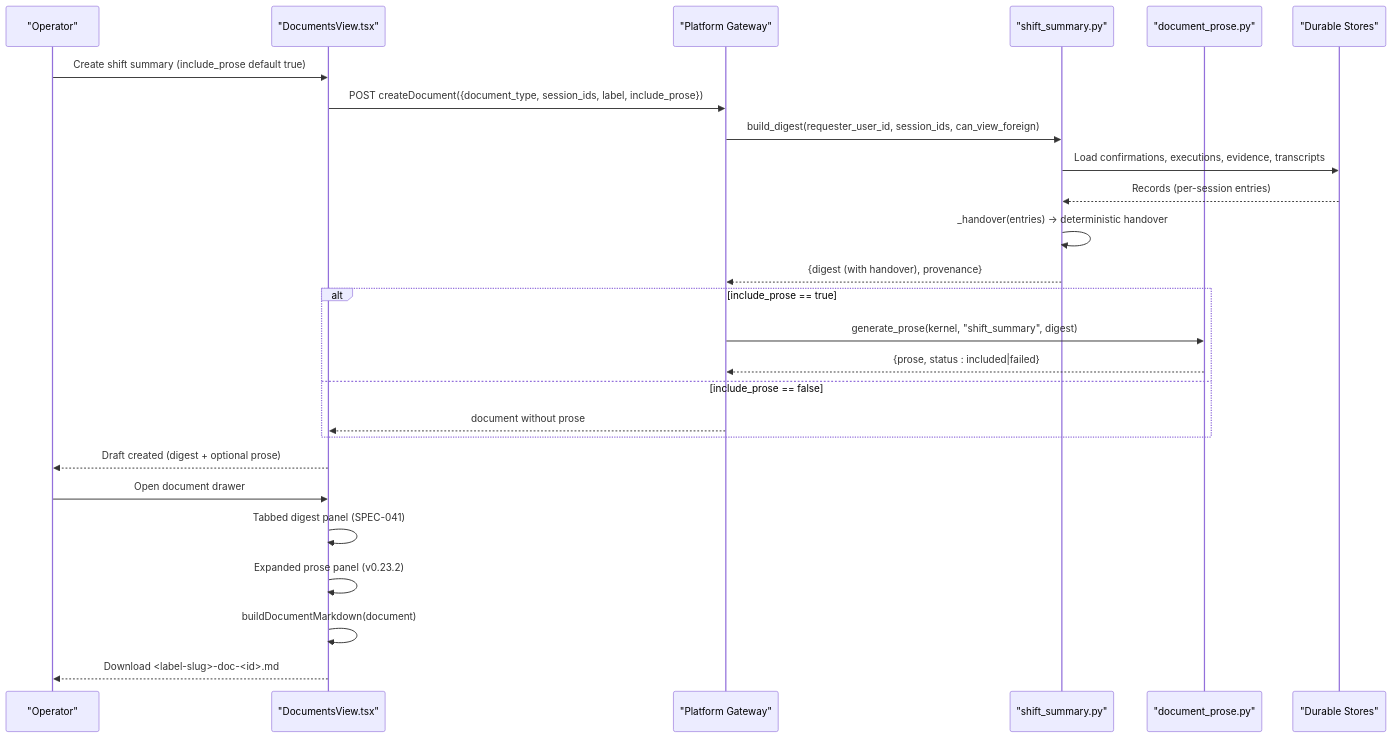
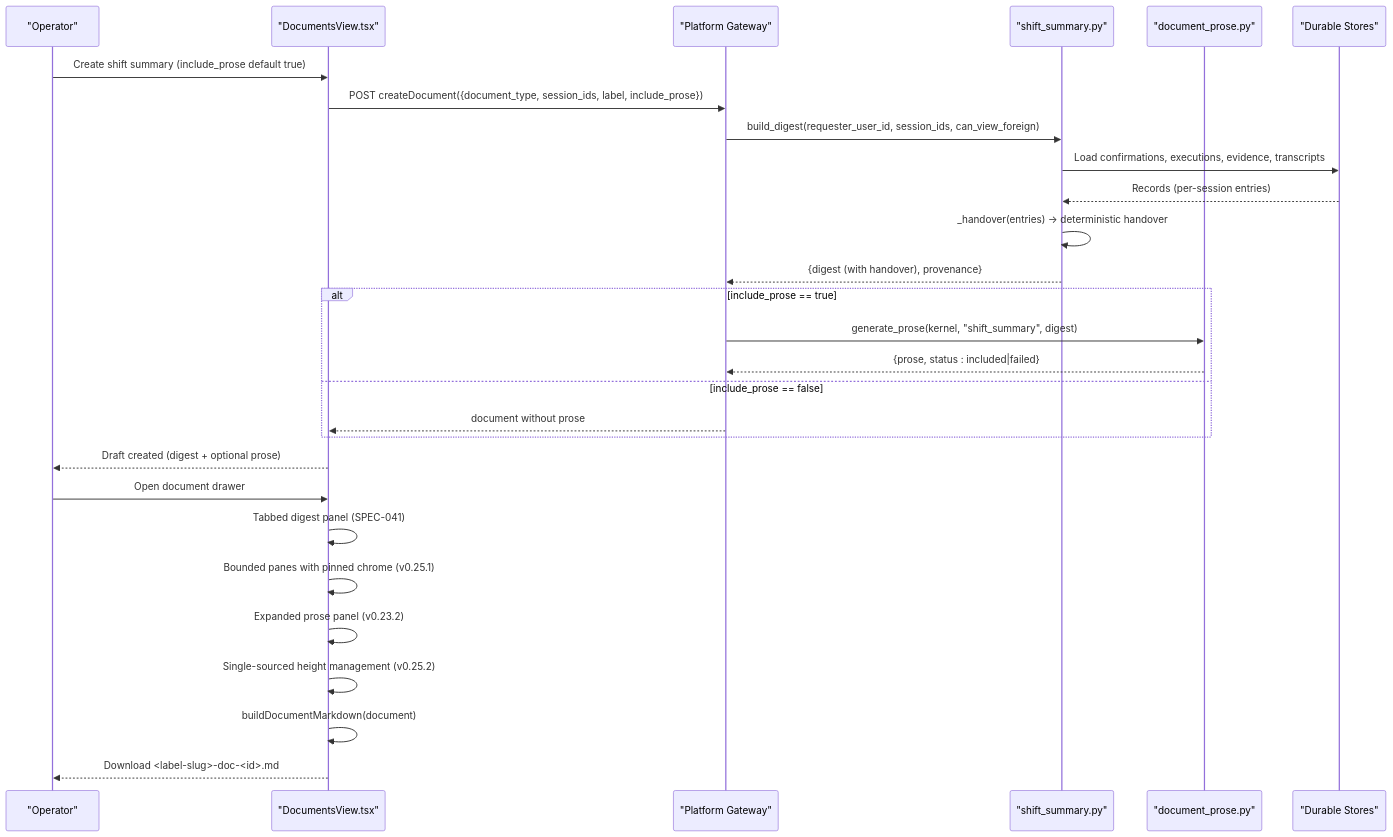
One commit to metasync/luban-aiops changed the second of 10 diagrams in .qoder/repowiki/en/content/Architecture Documentation/SPEC-040_ Shift-Summary Handover Narrative and Export.md. Above: the diagram before and after it, drawn with Mermaid. The commit also changed other lines of this file and 11 other files, not shown here.

````diff
--- a/.qoder/repowiki/en/content/Architecture Documentation/SPEC-040_ Shift-Summary Handover Narrative and Export.md
+++ b/.qoder/repowiki/en/content/Architecture Documentation/SPEC-040_ Shift-Summary Handover Narrative and Export.md
@@ -154,28 +169,30 @@
 ```mermaid
 sequenceDiagram
 participant User as "Operator"
 participant Portal as "DocumentsView.tsx"
 participant Gateway as "Platform Gateway"
 participant Agent as "shift_summary.py"
 participant Prose as "document_prose.py"
 participant Store as "Durable Stores"
 User->>Portal : Create shift summary (include_prose default true)
 Portal->>Gateway : POST createDocument({document_type, session_ids, label, include_prose})
 Gateway->>Agent : build_digest(requester_user_id, session_ids, can_view_foreign)
 Agent->>Store : Load confirmations, executions, evidence, transcripts
 Store-->>Agent : Records (per-session entries)
 Agent->>Agent : _handover(entries) -> deterministic handover
 Agent-->>Gateway : {digest (with handover), provenance}
 alt include_prose == true
 Gateway->>Prose : generate_prose(kernel, "shift_summary", digest)
 Prose-->>Gateway : {prose, status : included|failed}
 else include_prose == false
 Gateway-->>Portal : document without prose
 end
 Portal-->>User : Draft created (digest + optional prose)
 User->>Portal : Open document drawer
 Portal->>Portal : Tabbed digest panel (SPEC-041)
+Portal->>Portal : Bounded panes with pinned chrome (v0.25.1)
 Portal->>Portal : Expanded prose panel (v0.23.2)
+Portal->>Portal : Single-sourced height management (v0.25.2)
 Portal->>Portal : buildDocumentMarkdown(document)
 Portal-->>User : Download <label-slug>-doc-<id>.md
 ```
````
